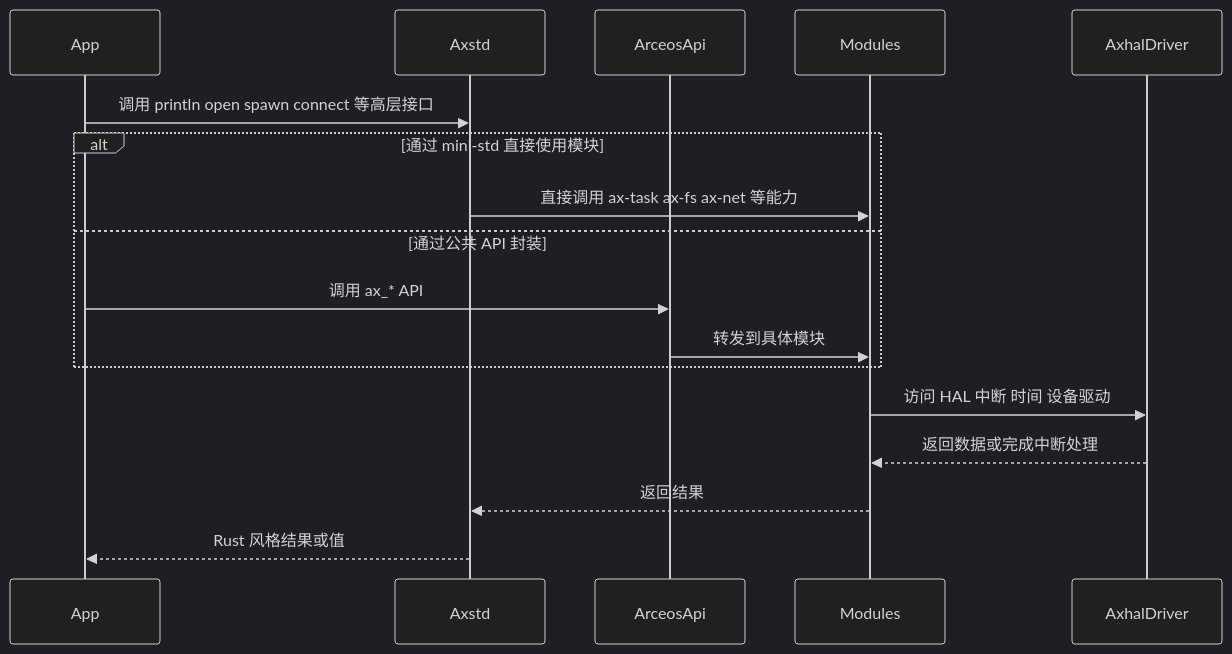
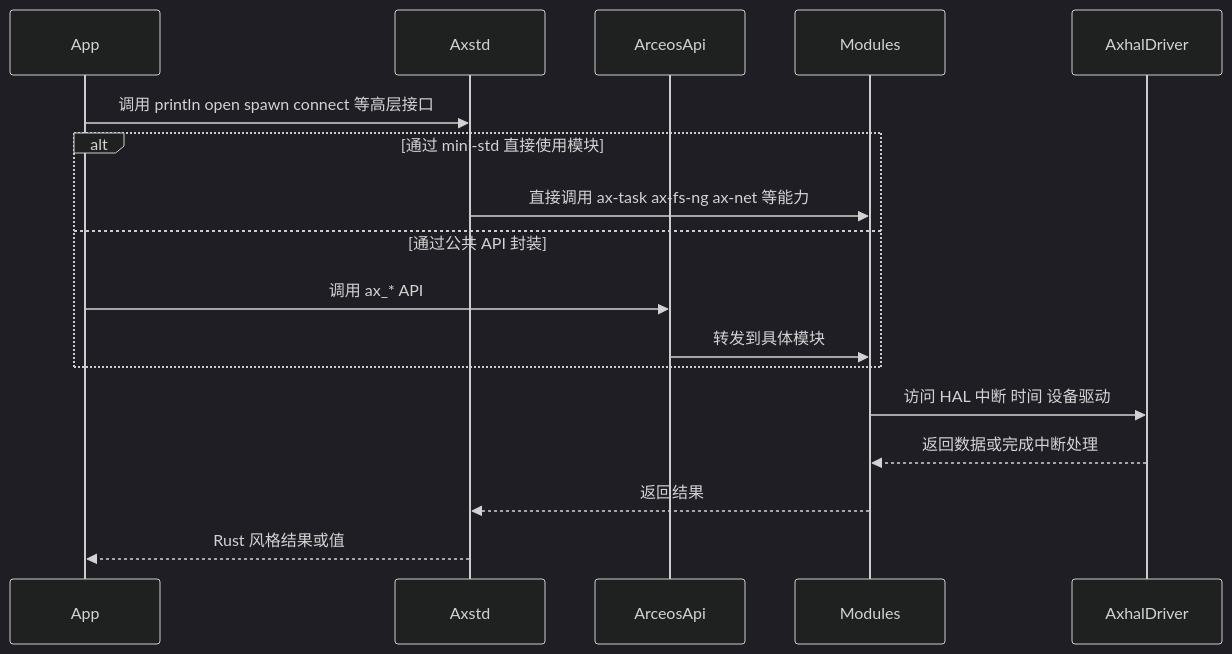
The third of 5 diagrams in docs/docs/architecture/arceos/overview.md (rcore-os/tgoskits), drawn with Mermaid (dark theme) before and after one commit. The commit also changed other lines of this file and 59 other files, not shown here.

````diff
--- a/docs/docs/architecture/arceos/overview.md
+++ b/docs/docs/architecture/arceos/overview.md
@@ -187,20 +183,20 @@
 ```mermaid
 sequenceDiagram
     participant App
     participant Axstd
     participant ArceosApi
     participant Modules
     participant AxhalDriver
 
     App->>Axstd: 调用 println open spawn connect 等高层接口
     alt 通过 mini-std 直接使用模块
-        Axstd->>Modules: 直接调用 ax-task ax-fs ax-net 等能力
+        Axstd->>Modules: 直接调用 ax-task ax-fs-ng ax-net 等能力
     else 通过公共 API 封装
         App->>ArceosApi: 调用 ax_* API
         ArceosApi->>Modules: 转发到具体模块
     end
     Modules->>AxhalDriver: 访问 HAL 中断 时间 设备驱动
     AxhalDriver-->>Modules: 返回数据或完成中断处理
     Modules-->>Axstd: 返回结果
     Axstd-->>App: Rust 风格结果或值
 ```
````
